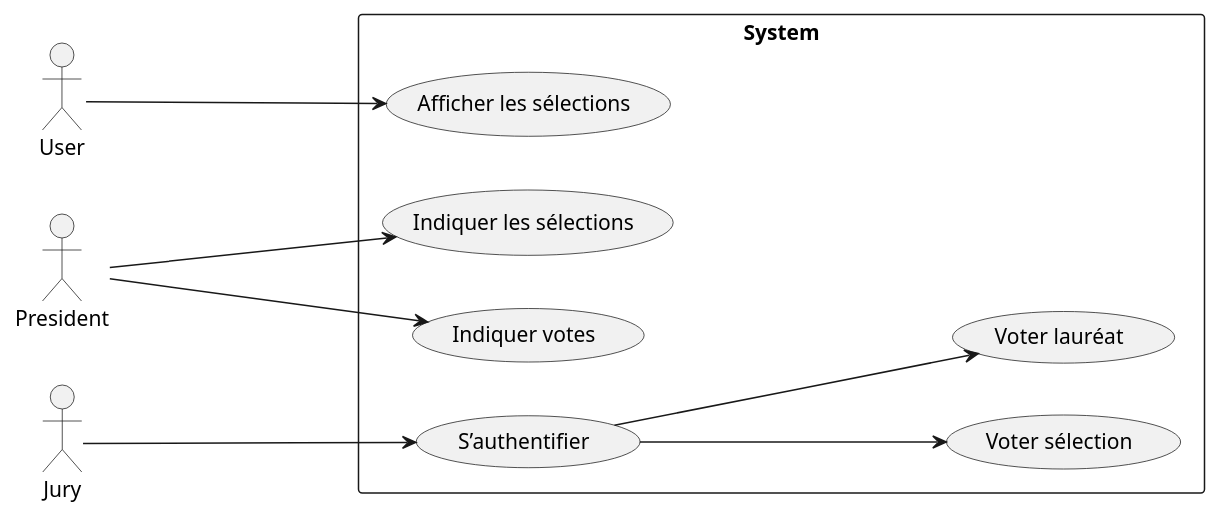
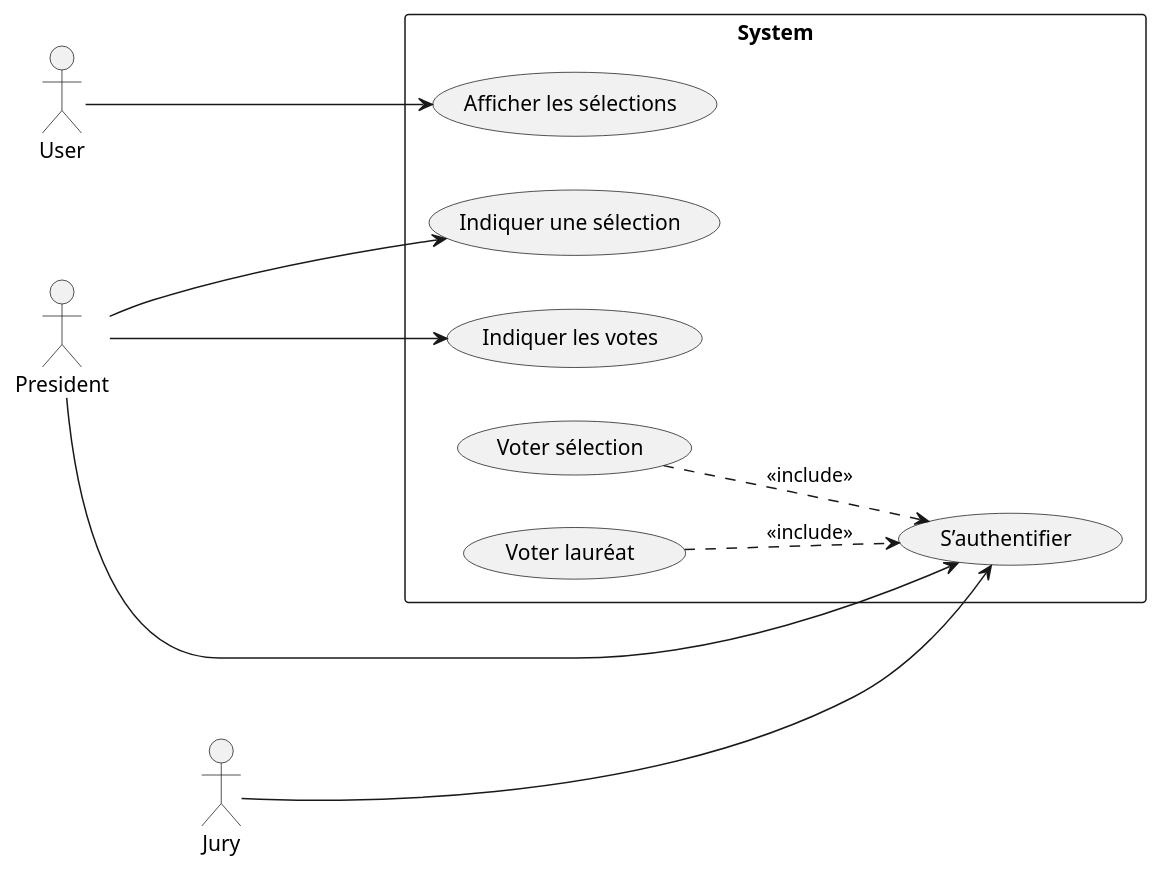
The diagram in doc/uml/1-use_case/goncourt-use_case.puml (john7440/Evaluation-Metier-Python), drawn with PlantUML before and after one commit.

Commit message:
amélioration du diagramme de use case

```diff
--- a/doc/uml/1-use_case/goncourt-use_case.puml
+++ b/doc/uml/1-use_case/goncourt-use_case.puml
@@ -1,20 +1,20 @@
 @startuml
 
 left to right direction
 
 actor User as u
 actor President as p
 actor Jury as j
 
-rectangle System{
-u ----> (Afficher les sélections)
-p ----> (Indiquer les sélections)
+rectangle System {
+  u ----> (Afficher les sélections)
+  p ----> (Indiquer une sélection)
+  p ----> (Indiquer les votes)
+  p ----> (S’authentifier)
+  j ----> (S’authentifier)
 
-p ----> (Indiquer votes)
-j ----> (S’authentifier)
-(S’authentifier) ----> (Voter sélection)
-(S’authentifier) ----> (Voter lauréat)
-
+  (Voter sélection) ..> (S’authentifier) : <<include>>
+  (Voter lauréat) ..> (S’authentifier) : <<include>>
 }
 
 @enduml
```
